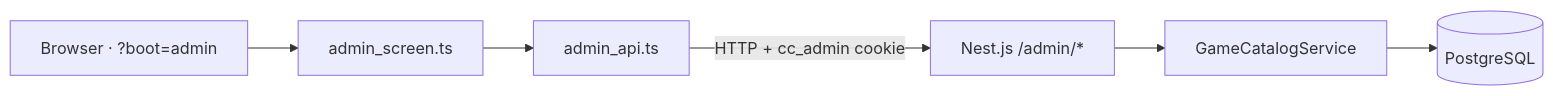
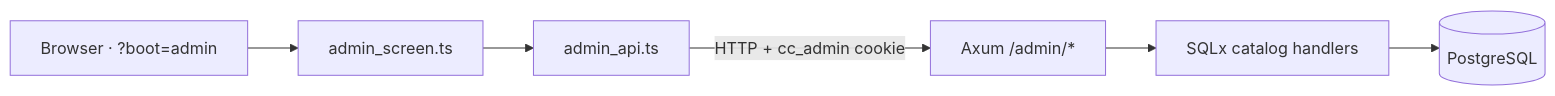
One commit to AlanGreyjoy/claudecitizen changed the diagram in docs/docs/admin-app/overview.md. Above: the diagram before and after it, drawn with Mermaid. The commit also changed other lines of this file and 195 other files, not shown here.

````diff
--- a/docs/docs/admin-app/overview.md
+++ b/docs/docs/admin-app/overview.md
@@ -27,15 +27,15 @@
 ```mermaid
 flowchart LR
   Browser["Browser · ?boot=admin"]
   AdminUI["admin_screen.ts"]
   AdminAPI["admin_api.ts"]
-  Nest["Nest.js /admin/*"]
-  Catalog["GameCatalogService"]
+  Rust["Axum /admin/*"]
+  Catalog["SQLx catalog handlers"]
   DB[(PostgreSQL)]
 
   Browser --> AdminUI
   AdminUI --> AdminAPI
-  AdminAPI -->|"HTTP + cc_admin cookie"| Nest
-  Nest --> Catalog
+  AdminAPI -->|"HTTP + cc_admin cookie"| Rust
+  Rust --> Catalog
   Catalog --> DB
 ```
````
